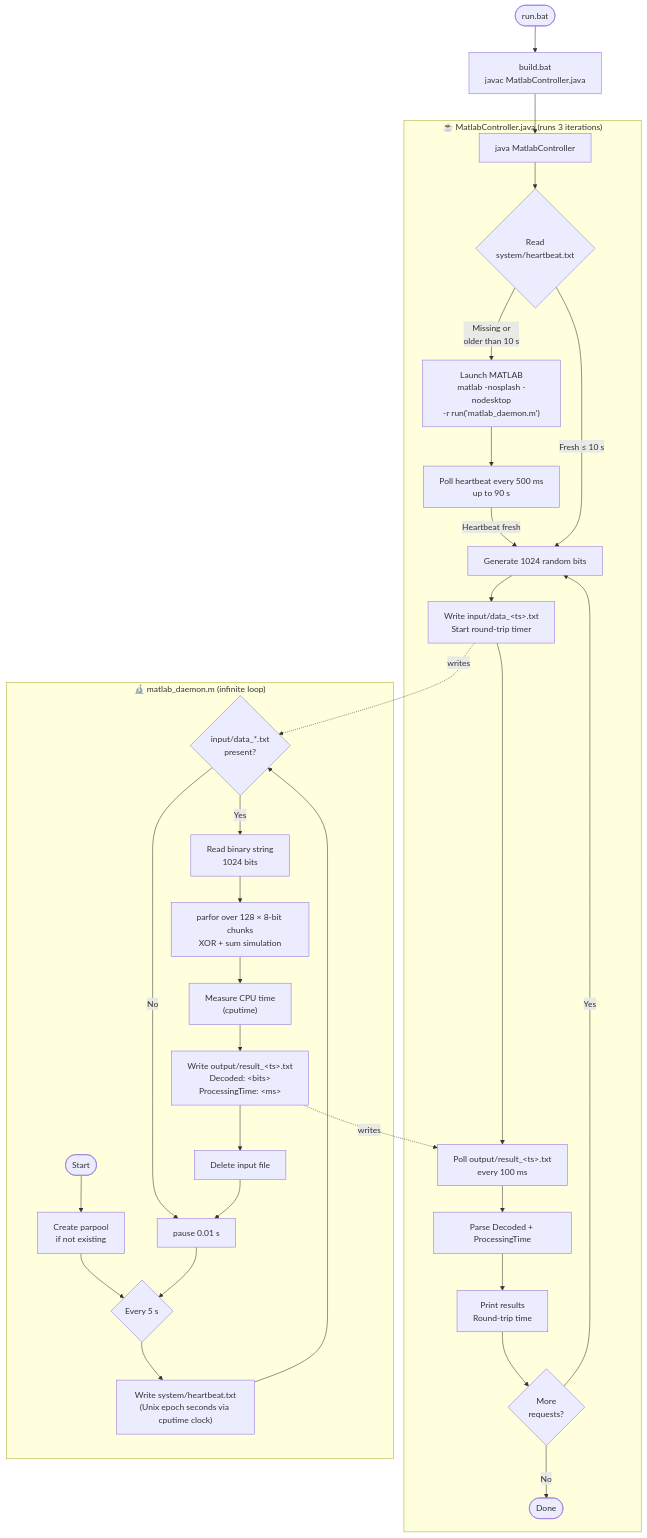
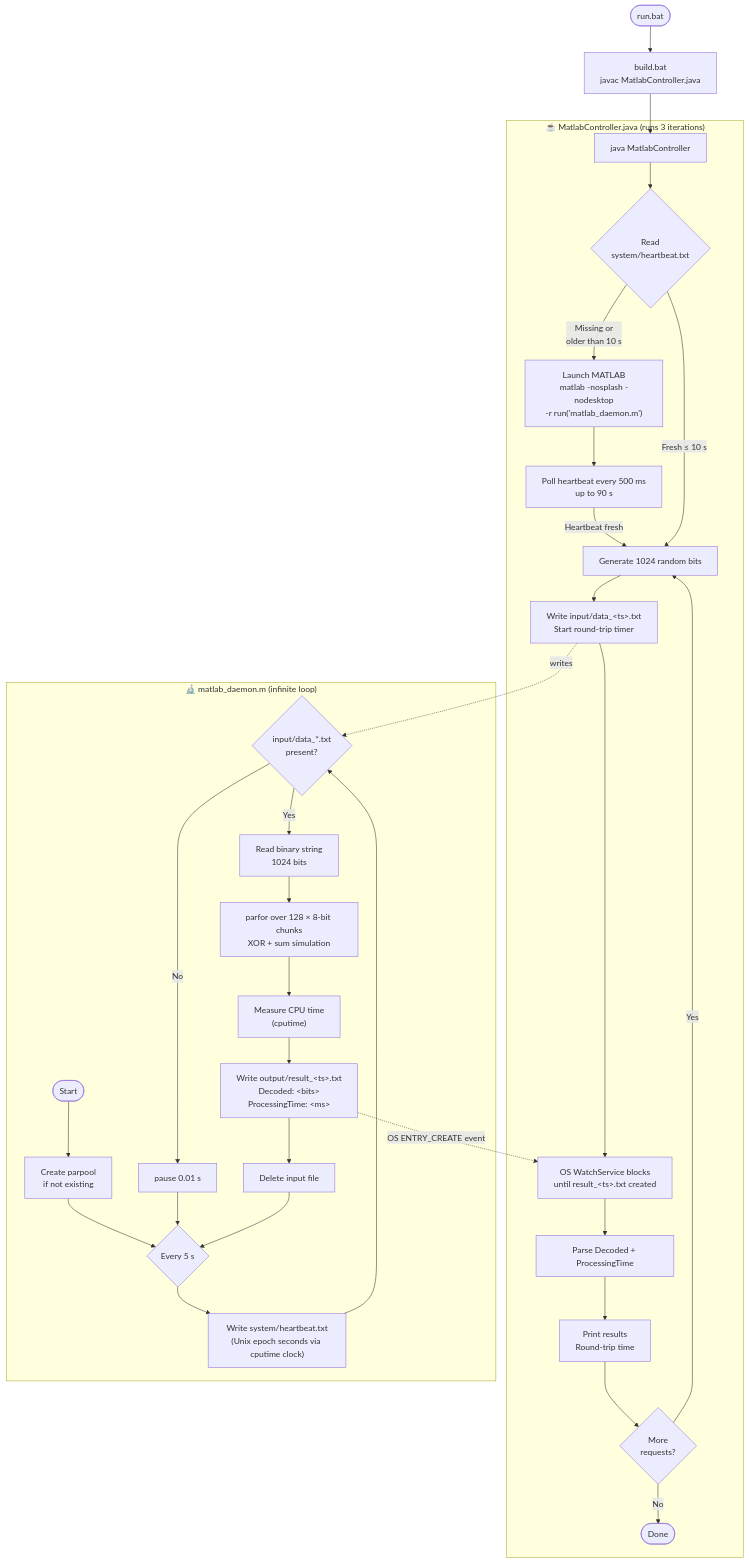
One commit to xian-cong/MATLAB-Demo-and-PoC changed the diagram in README.md. Above: the diagram before and after it, drawn with Mermaid. The commit also changed other lines of this file and 3 other files, not shown here.

First line of the commit message:
Implementing Java WatchService instead of polling

````diff
--- a/README.md
+++ b/README.md
@@ -39,38 +39,38 @@
 ```mermaid
 flowchart TD
     A([run.bat]) --> B[build.bat\njavac MatlabController.java]
     B --> C[java MatlabController]
 
     subgraph JAVA ["☕  MatlabController.java  (runs 3 iterations)"]
         C --> D{Read\nsystem/heartbeat.txt}
         D -- "Missing or\nolder than 10 s" --> E["Launch MATLAB\nmatlab -nosplash -nodesktop\n-r run('matlab_daemon.m')"]
         E --> F[Poll heartbeat every 500 ms\nup to 90 s]
         F -- "Heartbeat fresh" --> G
         D -- "Fresh ≤ 10 s" --> G[Generate 1024 random bits]
         G --> H["Write input/data_&lt;ts&gt;.txt\nStart round-trip timer"]
-        H --> I[Poll output/result_&lt;ts&gt;.txt\nevery 100 ms]
+        H --> I["OS WatchService blocks\nuntil result_&lt;ts&gt;.txt created"]
         I --> J[Parse Decoded + ProcessingTime]
         J --> K[Print results\nRound-trip time]
         K --> L{More\nrequests?}
         L -- Yes --> G
         L -- No --> M([Done])
     end
 
     subgraph MATLAB ["🔬  matlab_daemon.m  (infinite loop)"]
         N([Start]) --> O[Create parpool\nif not existing]
         O --> P{Every 5 s}
         P --> Q["Write system/heartbeat.txt\n(Unix epoch seconds via cputime clock)"]
         Q --> R{input/data_*.txt\npresent?}
         R -- No --> S[pause 0.01 s]
         S --> P
         R -- Yes --> T[Read binary string\n1024 bits]
         T --> U["parfor over 128 × 8-bit chunks\nXOR + sum simulation"]
         U --> V["Measure CPU time\n(cputime)"]
         V --> W["Write output/result_&lt;ts&gt;.txt\nDecoded: &lt;bits&gt;\nProcessingTime: &lt;ms&gt;"]
         W --> X[Delete input file]
-        X --> S
+        X --> P
     end
 
     H -. "writes" .-> R
-    W -. "writes" .-> I
+    W -. "OS ENTRY_CREATE event" .-> I
 ```
````
